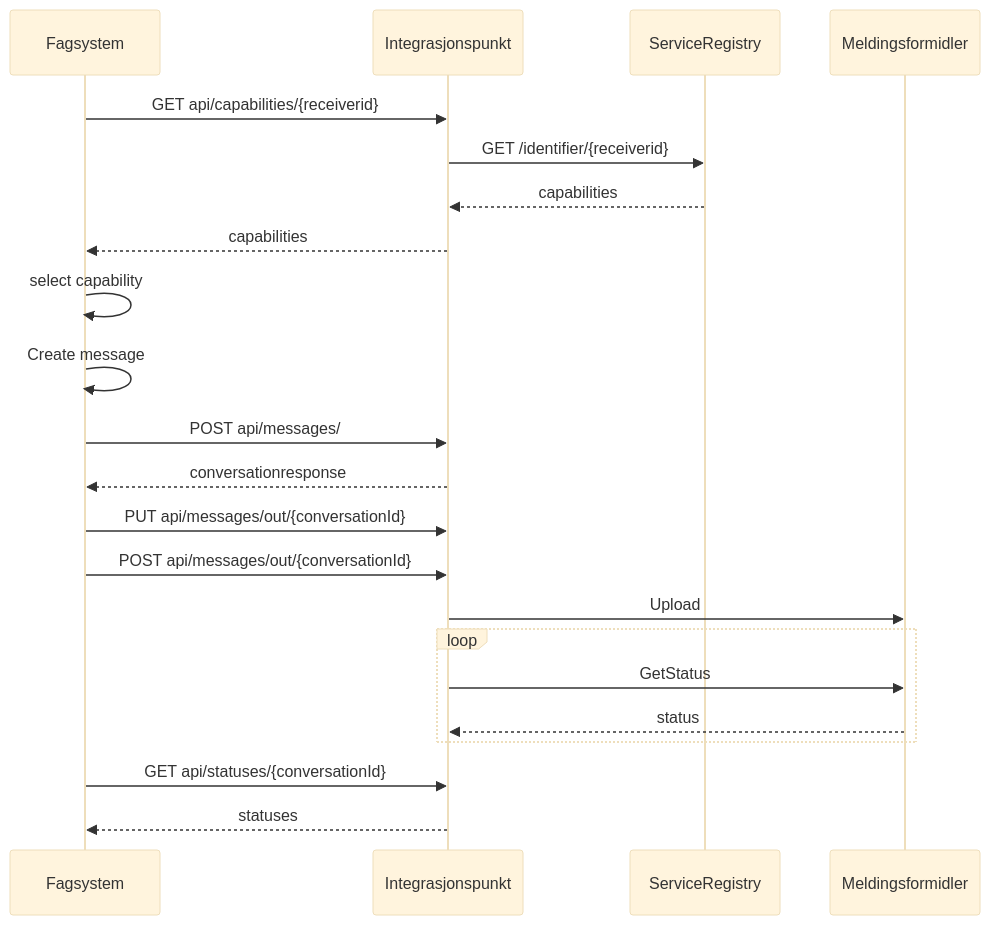
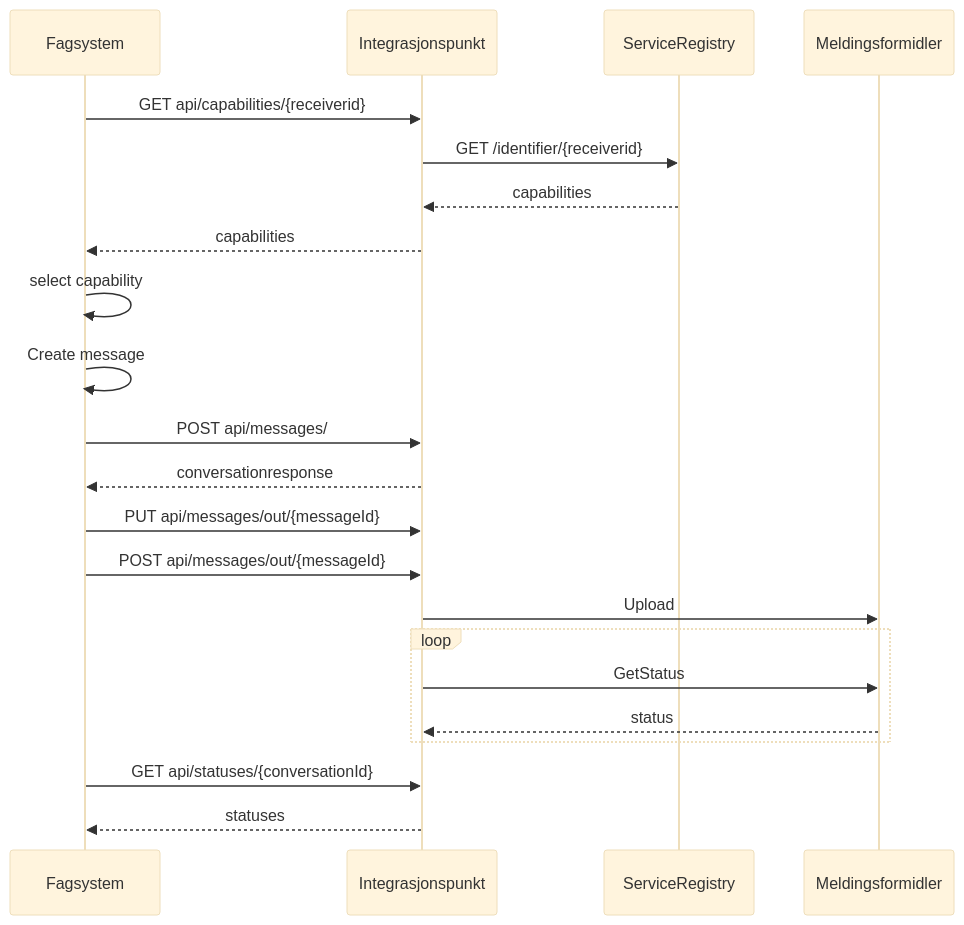
One commit to felleslosninger/docs changed the second of 3 diagrams in _docs/eFormidling/Teknisk_informasjon/meldingsflyt.md. Above: the diagram before and after it, drawn with Mermaid (base theme). The commit also changed other lines of this file, not shown here.

```diff
--- a/_docs/eFormidling/Teknisk_informasjon/meldingsflyt.md
+++ b/_docs/eFormidling/Teknisk_informasjon/meldingsflyt.md
@@ -53,32 +53,32 @@
 <div class="mermaid">
 
 sequenceDiagram
     participant fs as Fagsystem
     participant ip as Integrasjonspunkt
     participant sr as ServiceRegistry
     participant mf  as Meldingsformidler
 
     
     fs->>ip: GET api/capabilities/{receiverid}
 
     ip->>sr: GET /identifier/{receiverid}
     sr-->>ip: capabilities
 
     ip-->>fs: capabilities
     fs->>fs: select capability   
     fs->>fs: Create message      
     fs->>ip: POST api/messages/
     ip-->>fs: conversationresponse
-    fs->>ip: PUT api/messages/out/{conversationId}
-    fs->>ip: POST api/messages/out/{conversationId}
+    fs->>ip: PUT api/messages/out/{messageId}
+    fs->>ip: POST api/messages/out/{messageId}
     
     ip->>mf: Upload
     loop 
         ip->>mf: GetStatus
         mf-->>ip: status
     end
 
     fs->>ip: GET api/statuses/{conversationId}
     ip-->>fs: statuses
 
 </div>
```
